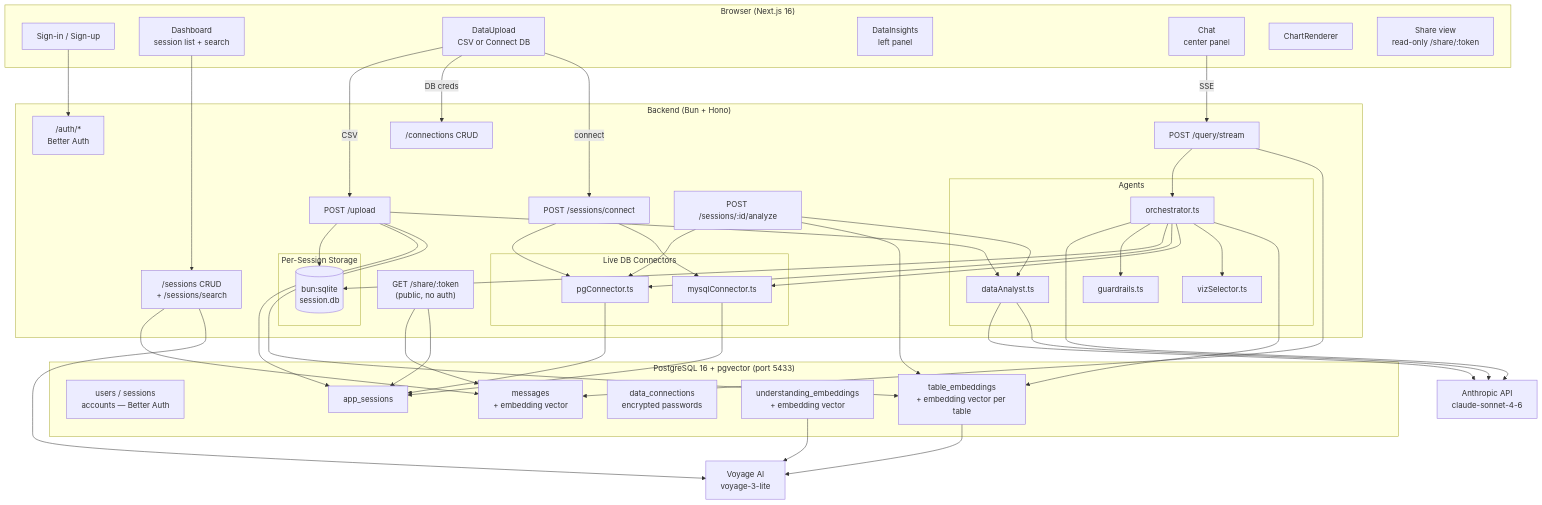
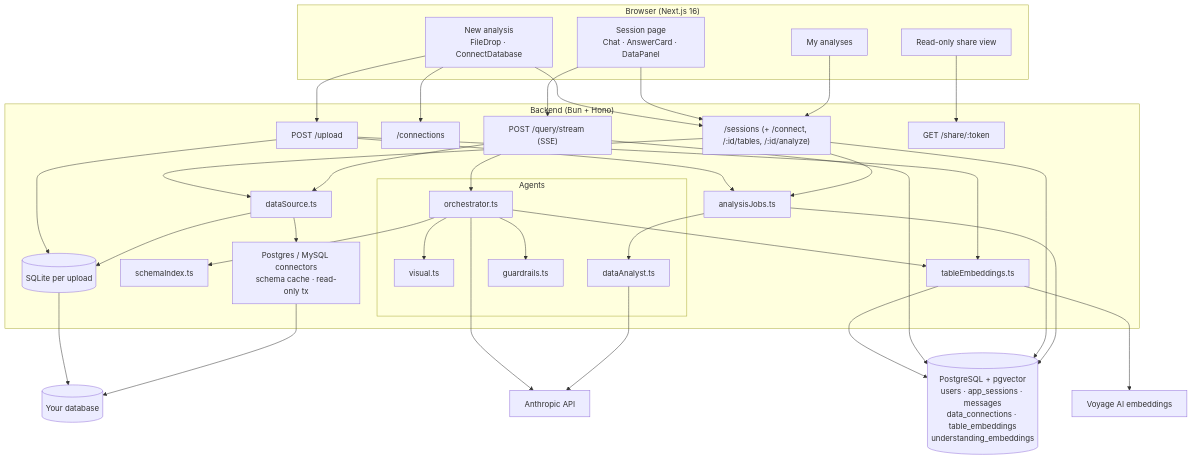
One commit to lawlesx/clairvoyance changed the first of 6 diagrams in ARCHITECTURE.md. Above: the diagram before and after it, drawn with Mermaid. The commit also changed other lines of this file and 61 other files, not shown here.

````diff
--- a/ARCHITECTURE.md
+++ b/ARCHITECTURE.md
@@ -9,79 +9,49 @@
 ```mermaid
 graph TB
     subgraph Browser["Browser (Next.js 16)"]
-        Auth[Sign-in / Sign-up]
-        Dashboard[Dashboard\nsession list + search]
-        Upload[DataUpload\nCSV or Connect DB]
-        Insights[DataInsights\nleft panel]
-        ChatUI[Chat\ncenter panel]
-        Charts[ChartRenderer]
-        Share[Share view\nread-only /share/:token]
+        Home[New analysis<br/>FileDrop · ConnectDatabase]
+        Dash[My analyses]
+        Session[Session page<br/>Chat · AnswerCard · DataPanel]
+        Share[Read-only share view]
     end
 
     subgraph Server["Backend (Bun + Hono)"]
-        AuthRoute["/auth/*\nBetter Auth"]
-        UploadRoute["POST /upload"]
-        ConnectRoute["POST /sessions/connect"]
-        QueryRoute["POST /query/stream"]
-        SessionsRoute["/sessions CRUD\n+ /sessions/search"]
-        AnalyzeRoute["POST /sessions/:id/analyze"]
-        ConnectionsRoute["/connections CRUD"]
-        ShareRoute["GET /share/:token\n(public, no auth)"]
+        Upload["POST /upload"]
+        Conns["/connections"]
+        Sess["/sessions (+ /connect, /:id/tables, /:id/analyze)"]
+        Query["POST /query/stream (SSE)"]
+        PublicShare["GET /share/:token"]
 
         subgraph Agents
+            Orchestrator[orchestrator.ts]
+            Visual[visual.ts]
             Analyst[dataAnalyst.ts]
-            Orchestrator[orchestrator.ts]
-            Guardrails[guardrails.ts]
-            VizSelector[vizSelector.ts]
+            Guard[guardrails.ts]
         end
 
-        subgraph Storage["Per-Session Storage"]
-            SQLite[(bun:sqlite\nsession.db)]
-        end
-
-        subgraph Connectors["Live DB Connectors"]
-            PGConn[pgConnector.ts]
-            MySQLConn[mysqlConnector.ts]
-        end
+        DataSource[dataSource.ts]
+        Jobs[analysisJobs.ts]
+        Index[schemaIndex.ts]
+        TableEmb[tableEmbeddings.ts]
+        SQLite[(SQLite per upload)]
+        Connectors[Postgres / MySQL connectors<br/>schema cache · read-only tx]
     end
 
-    subgraph PG["PostgreSQL 16 + pgvector (port 5433)"]
-        Users[users / sessions\naccounts — Better Auth]
-        AppSessions[app_sessions]
-        Messages[messages\n+ embedding vector]
-        DataConns[data_connections\nencrypted passwords]
-        UnderstandingCache[understanding_embeddings\n+ embedding vector]
-        TableEmbeddings[table_embeddings\n+ embedding vector per table]
-    end
+    PG[("PostgreSQL + pgvector<br/>users · app_sessions · messages<br/>data_connections · table_embeddings<br/>understanding_embeddings")]
+    Claude[Anthropic API]
+    Voyage[Voyage AI embeddings]
+    LiveDB[(Your database)]
 
-    Anthropic[Anthropic API\nclaude-sonnet-4-6]
-    VoyageAI[Voyage AI\nvoyage-3-lite]
-
-    Auth --> AuthRoute
-    Dashboard --> SessionsRoute
-    Upload -->|CSV| UploadRoute
-    Upload -->|DB creds| ConnectionsRoute
-    Upload -->|connect| ConnectRoute
-    UploadRoute --> Analyst --> Anthropic
-    UploadRoute --> SQLite
-    UploadRoute --> AppSessions
-    ConnectRoute --> PGConn & MySQLConn --> AppSessions
-    AnalyzeRoute --> Analyst --> Anthropic
-    AnalyzeRoute --> PGConn
-    ChatUI -->|SSE| QueryRoute --> Orchestrator
-    Orchestrator --> Anthropic
-    Orchestrator --> Guardrails
-    Orchestrator --> SQLite
-    Orchestrator --> PGConn
-    Orchestrator --> MySQLConn
-    Orchestrator --> VizSelector
-    QueryRoute --> Messages
-    SessionsRoute --> Messages
-    SessionsRoute --> VoyageAI
-    UnderstandingCache --> VoyageAI
-    TableEmbeddings --> VoyageAI
-    UploadRoute --> TableEmbeddings
-    AnalyzeRoute --> TableEmbeddings
-    Orchestrator --> TableEmbeddings
-    ShareRoute --> Messages & AppSessions
+    Home --> Upload & Conns & Sess
+    Session --> Query & Sess
+    Dash --> Sess
+    Share --> PublicShare
+    Upload --> SQLite & Jobs & TableEmb
+    Sess --> DataSource & Jobs
+    Query --> DataSource --> SQLite & Connectors --> LiveDB
+    Query --> Orchestrator --> Claude
+    Orchestrator --> Guard & Visual & Index & TableEmb
+    Jobs --> Analyst --> Claude
+    TableEmb --> Voyage
+    TableEmb & Query & Sess & Jobs --> PG
 ```
````
